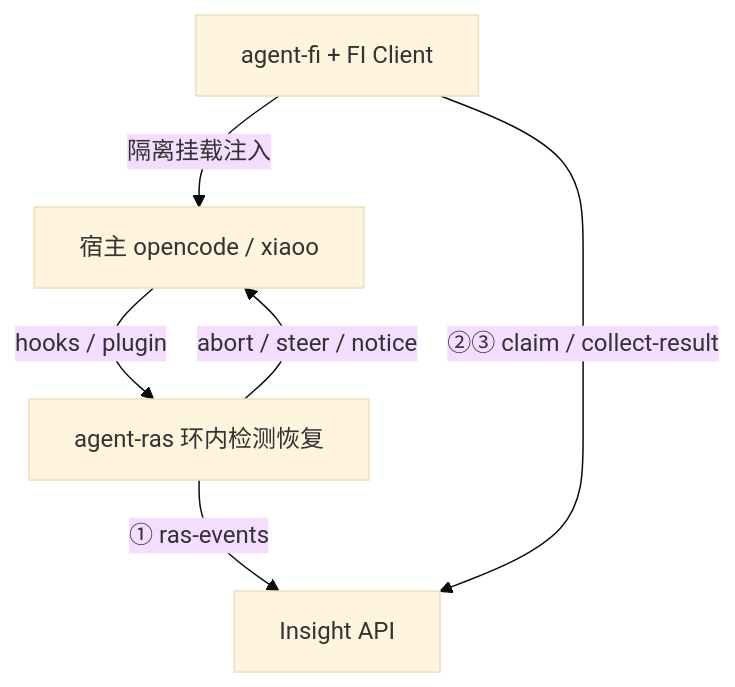
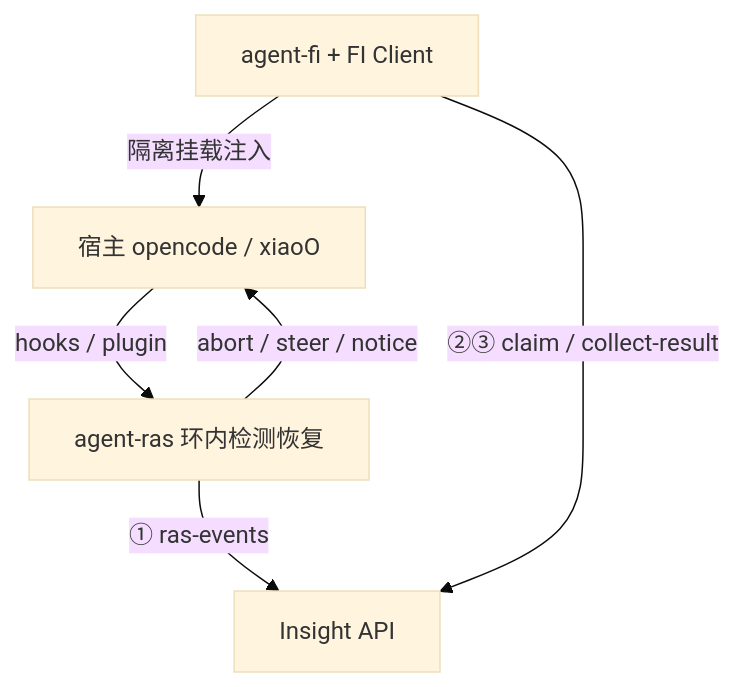
Before and after one commit to openeuler-mirror/agent-insight: the fifth of 5 diagrams in docs/agent-ras/designs/features/opencode-xiaoo-integration.md, drawn with Mermaid (base theme). The commit also changed other lines of this file and 11 other files, not shown here.

````diff
--- a/docs/agent-ras/designs/features/opencode-xiaoo-integration.md
+++ b/docs/agent-ras/designs/features/opencode-xiaoo-integration.md
@@ -171,13 +355,13 @@
 ```mermaid
 flowchart TB
-  Host[宿主 opencode / xiaoo]
+  Host[宿主 opencode / xiaoO]
   RAS[agent-ras 环内检测恢复]
   FI[agent-fi + FI Client]
   API[Insight API]
 
   Host -->|hooks / plugin| RAS
   RAS -->|abort / steer / notice| Host
   FI -->|隔离挂载注入| Host
   RAS -->|① ras-events| API
   FI -->|②③ claim / collect-result| API
 ```
````
